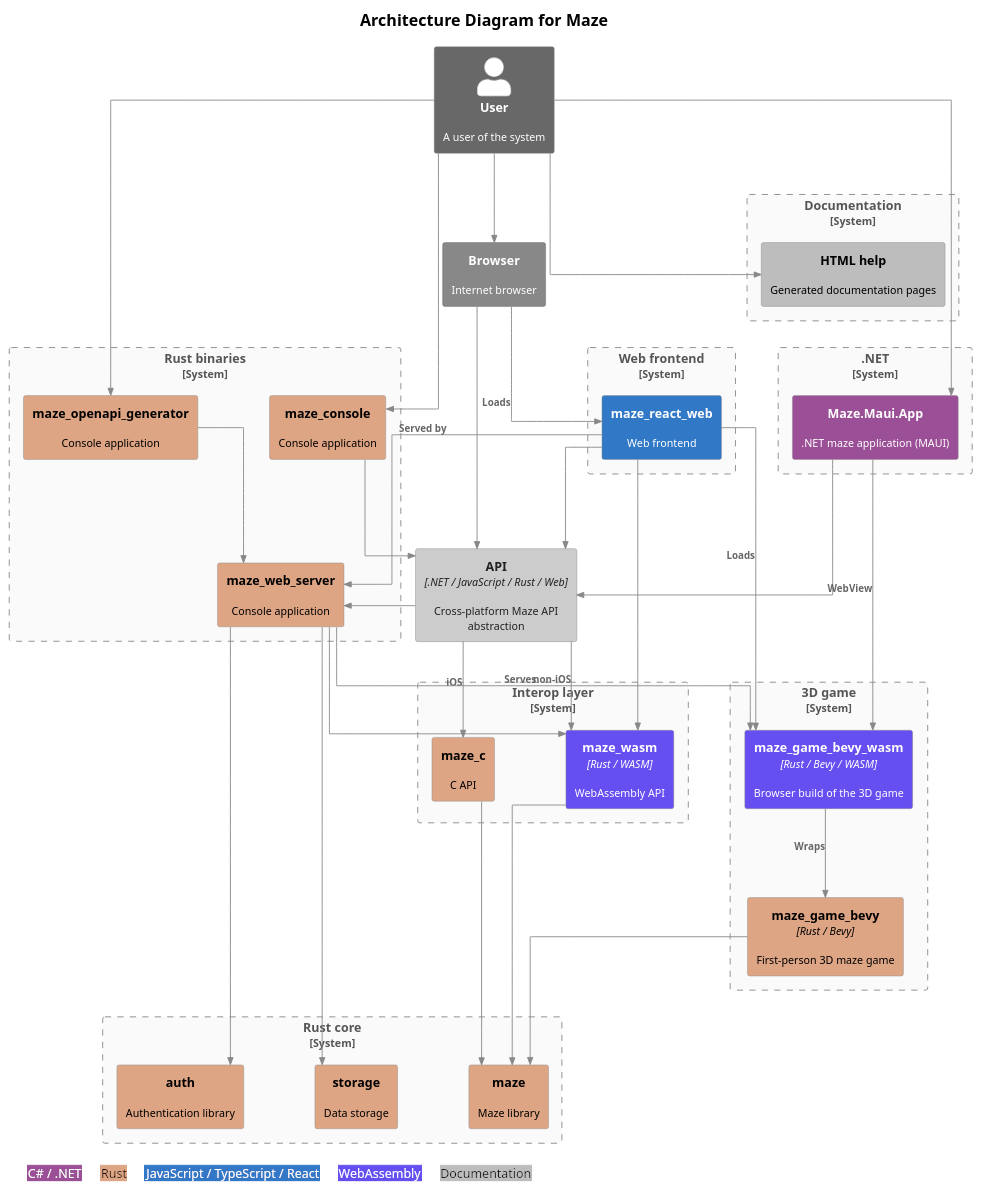
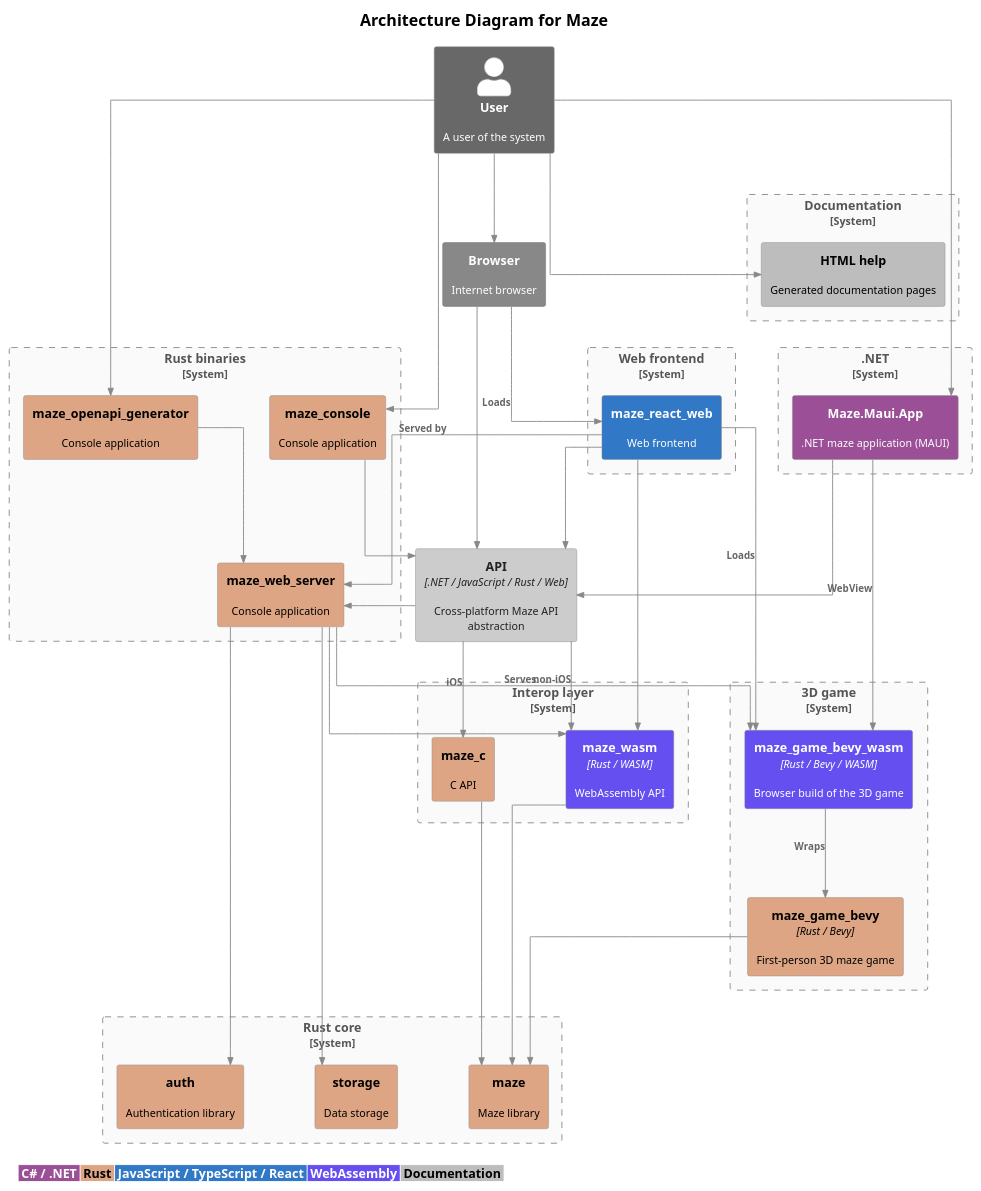
Before and after one commit to budgiedownunder/maze: the diagram in docs/diagrams/architecture.puml, drawn with PlantUML. The commit also changed 1 other file, not shown here.

Commit message:
docs(diagrams): switch legend cells to <#hex> syntax for cross-version PlantUML compatibility

```diff
--- a/docs/diagrams/architecture.puml
+++ b/docs/diagrams/architecture.puml
@@ -2,98 +2,98 @@
 @startuml architecture
 
 !include https://raw.githubusercontent.com/plantuml-stdlib/C4-PlantUML/master/C4_Container.puml
 
 LAYOUT_TOP_DOWN()
 HIDE_STEREOTYPE()
 skinparam linetype ortho
 skinparam nodesep 80
 skinparam ranksep 100
 skinparam defaultFontSize 12
 skinparam titleFontSize 18
 skinparam titleFontStyle bold
 skinparam ArrowFontSize 11
 
 UpdateElementStyle("container", $bgColor="#cccccc", $fontColor="#222222", $borderColor="#888888")
 UpdateElementStyle("external_container", $bgColor="#888888", $fontColor="#ffffff", $borderColor="#666666")
 UpdateBoundaryStyle($bgColor="#fafafa", $fontColor="#555555", $borderColor="#888888", $borderStyle="dashed")
 UpdateRelStyle($lineColor="#888888", $textColor="#666666")
 
 AddElementTag("rust",   $bgColor="#dea584", $fontColor="#000000", $legendText="Rust")
 AddElementTag("csharp", $bgColor="#9b4f96", $fontColor="#ffffff", $legendText="C# / .NET")
 AddElementTag("ts",     $bgColor="#3178c6", $fontColor="#ffffff", $legendText="JavaScript / TypeScript / React")
 AddElementTag("wasm",   $bgColor="#654ff0", $fontColor="#ffffff", $legendText="WebAssembly")
 AddElementTag("doc",    $bgColor="#bdbdbd", $fontColor="#000000", $legendText="Documentation")
 
 title Architecture Diagram for Maze
 
 Person_Ext(user, "User", "A user of the system")
 
 Container_Ext(browser, "Browser", "", "Internet browser")
 Container(api, "API", ".NET / JavaScript / Rust / Web", "Cross-platform Maze API abstraction")
 
 System_Boundary(b_rust_core, "Rust core") {
     Container(maze, "maze", "", "Maze library", $tags="rust")
     Container(auth, "auth", "", "Authentication library", $tags="rust")
     Container(storage, "storage", "", "Data storage", $tags="rust")
 }
 
 System_Boundary(b_rust_bins, "Rust binaries") {
     Container(maze_web_server, "maze_web_server", "", "Console application", $tags="rust")
     Container(maze_console, "maze_console", "", "Console application", $tags="rust")
     Container(maze_openapi_generator, "maze_openapi_generator", "", "Console application", $tags="rust")
 }
 
 System_Boundary(b_interop, "Interop layer") {
     Container(maze_wasm, "maze_wasm", "Rust / WASM", "WebAssembly API", $tags="wasm")
     Container(maze_c, "maze_c", "", "C API", $tags="rust")
 }
 
 System_Boundary(b_dotnet, ".NET") {
     Container(maze_maui_app_net, "Maze.Maui.App", "", ".NET maze application (MAUI)", $tags="csharp")
 }
 
 System_Boundary(b_web, "Web frontend") {
     Container(maze_react_web, "maze_react_web", "", "Web frontend", $tags="ts")
 }
 
 System_Boundary(b_game, "3D game") {
     Container(maze_game_bevy, "maze_game_bevy", "Rust / Bevy", "First-person 3D maze game", $tags="rust")
     Container(maze_game_bevy_wasm, "maze_game_bevy_wasm", "Rust / Bevy / WASM", "Browser build of the 3D game", $tags="wasm")
 }
 
 System_Boundary(b_docs, "Documentation") {
     Container(html_help, "HTML help", "", "Generated documentation pages", $tags="doc")
 }
 
 Rel(user, browser, "")
 Rel(maze_react_web, maze_web_server, "Served by")
 Rel(user, html_help, "")
 Rel(user, maze_console, "")
 Rel(user, maze_maui_app_net, "")
 Rel(user, maze_openapi_generator, "")
 Rel(browser, api, "")
 Rel(browser, maze_react_web, "Loads")
 Rel(maze_react_web, api, "")
 Rel(maze_console, api, "")
 Rel(maze_maui_app_net, api, "")
 Rel(maze_openapi_generator, maze_web_server, "")
 Rel(maze_c, maze, "")
 Rel(maze_wasm, maze, "")
 Rel(api, maze_wasm, "non-iOS")
 Rel(api, maze_c, "iOS")
 Rel(api, maze_web_server, "")
 Rel(maze_web_server, maze_wasm, "")
 Rel(maze_web_server, auth, "")
 Rel(maze_web_server, storage, "")
 Rel(maze_game_bevy, maze, "")
 Rel(maze_game_bevy_wasm, maze_game_bevy, "Wraps")
 Rel(maze_web_server, maze_game_bevy_wasm, "Serves")
 Rel(maze_react_web, maze_game_bevy_wasm, "Loads")
 Rel(maze_react_web, maze_wasm, "")
 Rel(maze_maui_app_net, maze_game_bevy_wasm, "WebView")
 
 legend bottom left
-| <back:#9b4f96><color:#ffffff>  C# / .NET  </color></back> | <back:#dea584><color:#000000>  Rust  </color></back> | <back:#3178c6><color:#ffffff>  JavaScript / TypeScript / React  </color></back> | <back:#654ff0><color:#ffffff>  WebAssembly  </color></back> | <back:#bdbdbd><color:#000000>  Documentation  </color></back> |
+|<#9b4f96> <color:#ffffff>**C# / .NET**</color> |<#dea584> <color:#000000>**Rust**</color> |<#3178c6> <color:#ffffff>**JavaScript / TypeScript / React**</color> |<#654ff0> <color:#ffffff>**WebAssembly**</color> |<#bdbdbd> <color:#000000>**Documentation**</color> |
 endlegend
 
 @enduml
```
